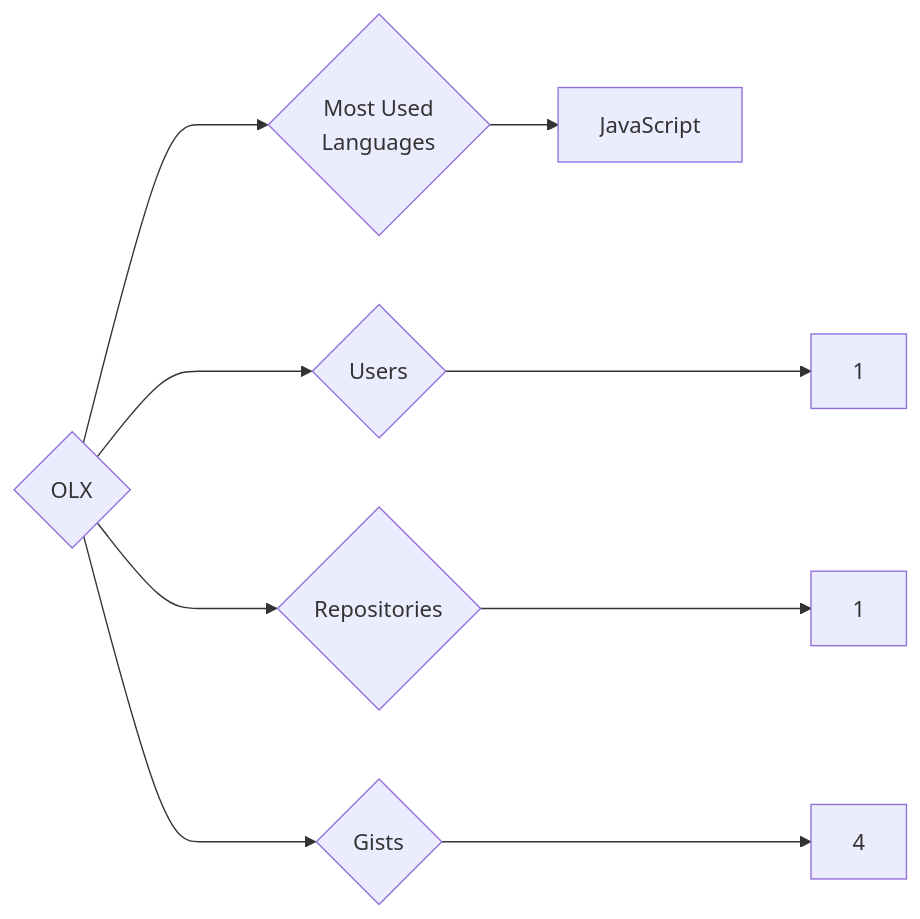
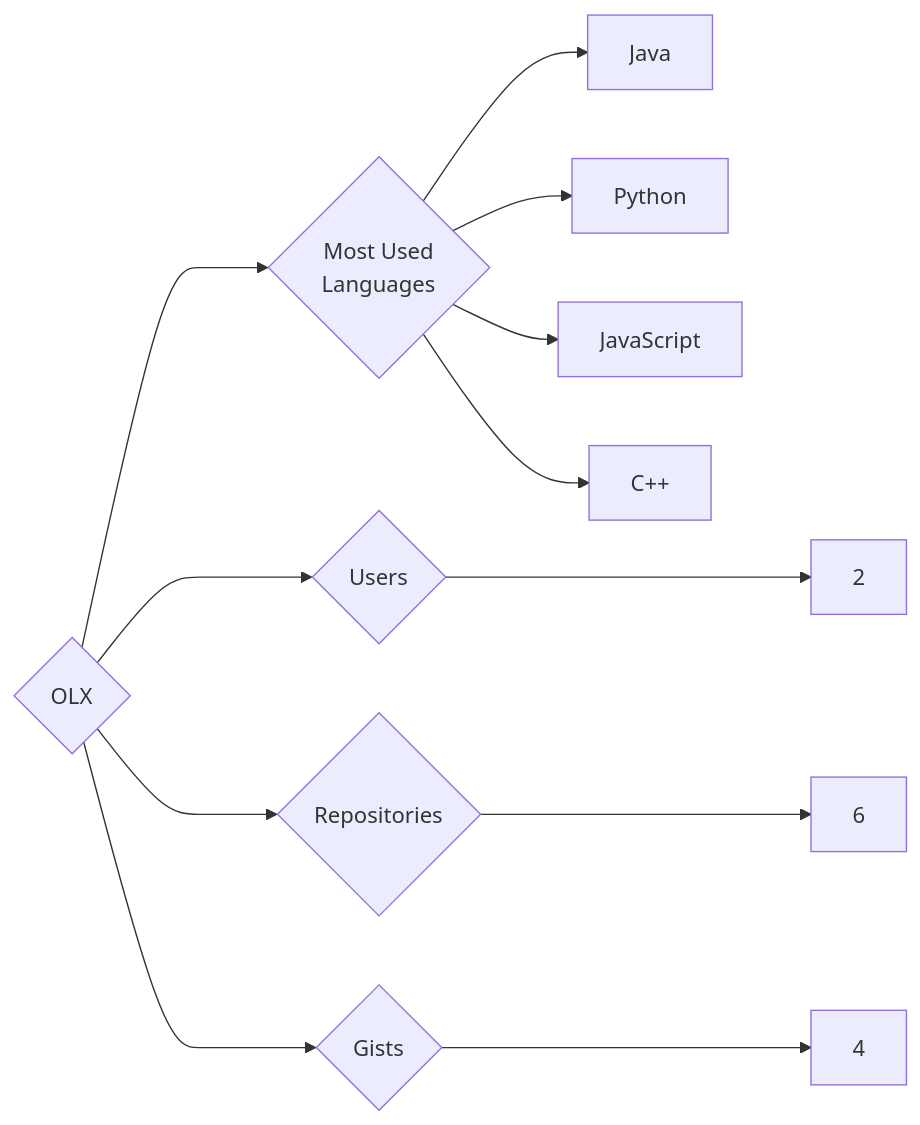
The diagram in targets/OLX/README.md (trickest/insiders), drawn with Mermaid before and after one commit. The commit also changed 829 other files, not shown here.

````diff
--- a/targets/OLX/README.md
+++ b/targets/OLX/README.md
@@ -3,9 +3,12 @@
 ```mermaid
 graph LR
 COMPANY_NAME{OLX}
-COMPANY_NAME ---> U{Users} ---> UN[1]
-COMPANY_NAME ---> R{Repositories} ---> RN[1]
+COMPANY_NAME ---> U{Users} ---> UN[2]
+COMPANY_NAME ---> R{Repositories} ---> RN[6]
 COMPANY_NAME ---> G{Gists} ---> GN[4]
 COMPANY_NAME ---> ML{Most Used<br>Languages}
+ML --> Java[Java]
+ML --> Python[Python]
 ML --> JavaScript[JavaScript]
+ML --> C++[C++]
 ```
````
